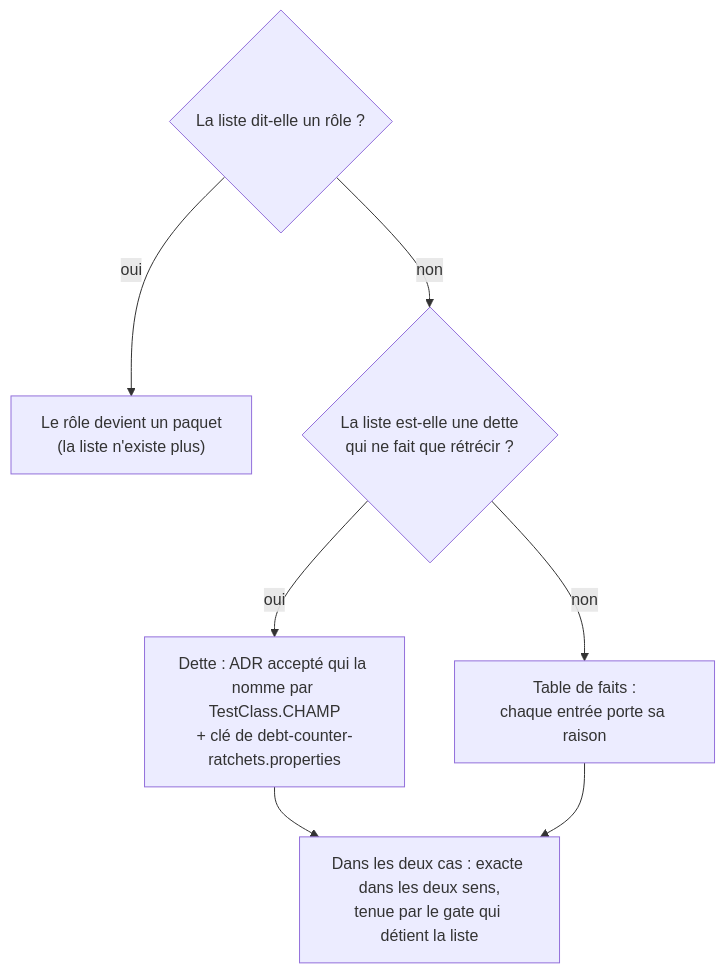
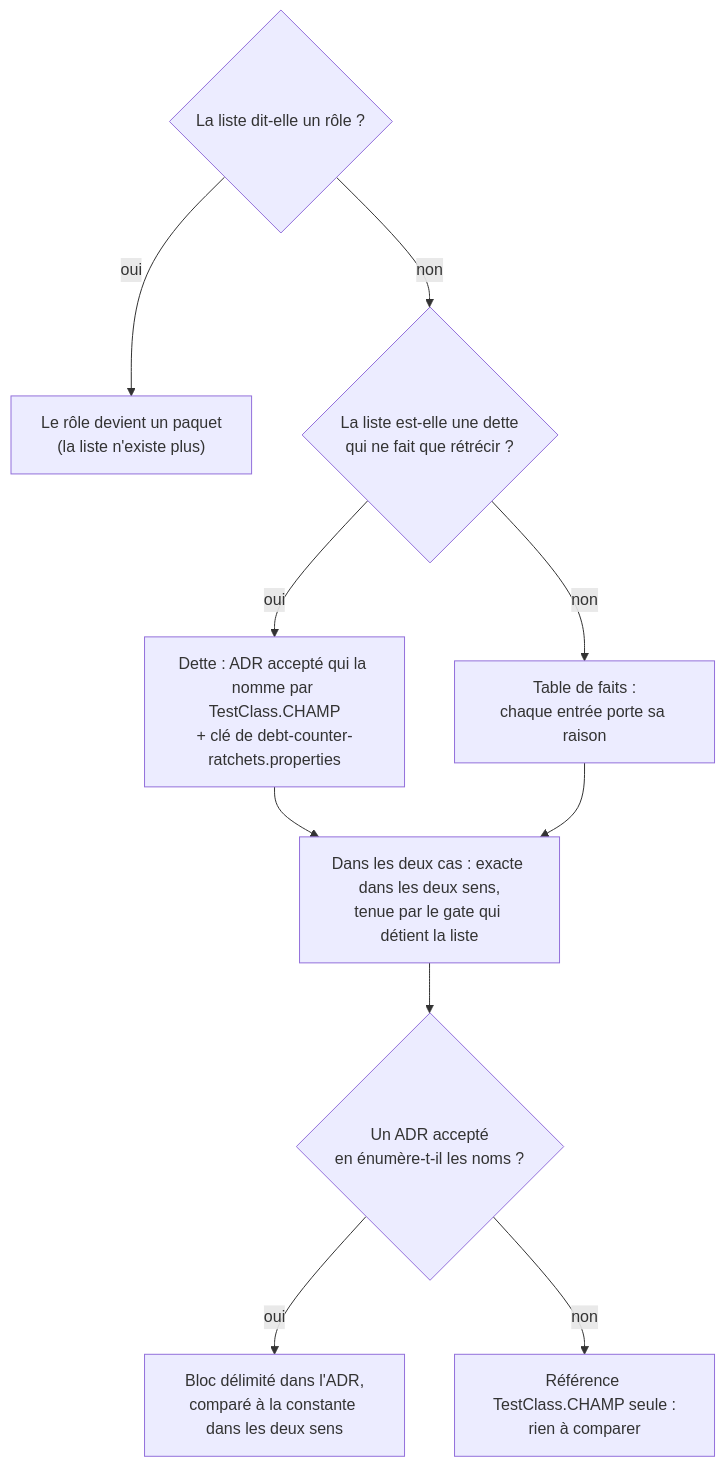
The second of 2 diagrams in docs/developer/specifications/adapter-internal-boundaries.md (FTurleque/morpheus-engine), drawn with Mermaid before and after one commit. The commit also changed other lines of this file and 3 other files, not shown here.

First line of the commit message:
docs(architecture): say that the build compares a decision record's enumeration to its gate

````diff
--- a/docs/developer/specifications/adapter-internal-boundaries.md
+++ b/docs/developer/specifications/adapter-internal-boundaries.md
@@ -140,15 +158,21 @@
 ```mermaid
 flowchart TD
     q1{"La liste dit-elle un rôle ?"}
     pkg["Le rôle devient un paquet<br/>(la liste n'existe plus)"]
     q2{"La liste est-elle une dette<br/>qui ne fait que rétrécir ?"}
     debt["Dette : ADR accepté qui la nomme par TestClass.CHAMP<br/>+ clé de debt-counter-ratchets.properties"]
     facts["Table de faits :<br/>chaque entrée porte sa raison"]
     exact["Dans les deux cas : exacte dans les deux sens,<br/>tenue par le gate qui détient la liste"]
+    q3{"Un ADR accepté<br/>en énumère-t-il les noms ?"}
+    enum["Bloc délimité dans l'ADR,<br/>comparé à la constante dans les deux sens"]
+    ref["Référence TestClass.CHAMP seule :<br/>rien à comparer"]
     q1 -- oui --> pkg
     q1 -- non --> q2
     q2 -- oui --> debt
     q2 -- non --> facts
     debt --> exact
     facts --> exact
+    exact --> q3
+    q3 -- oui --> enum
+    q3 -- non --> ref
 ```
````
